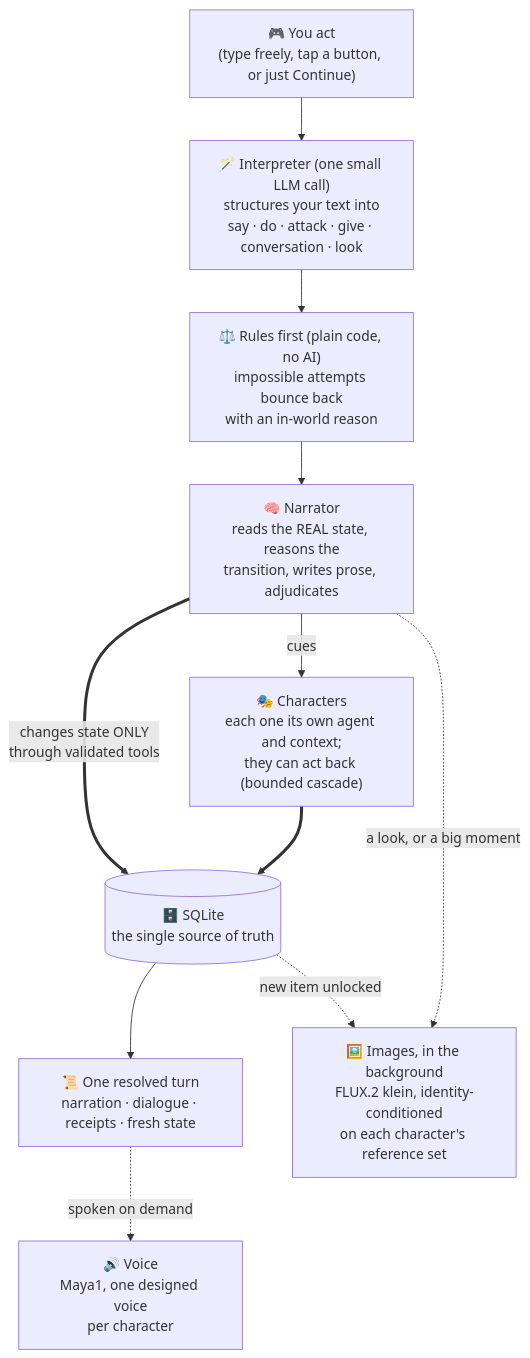
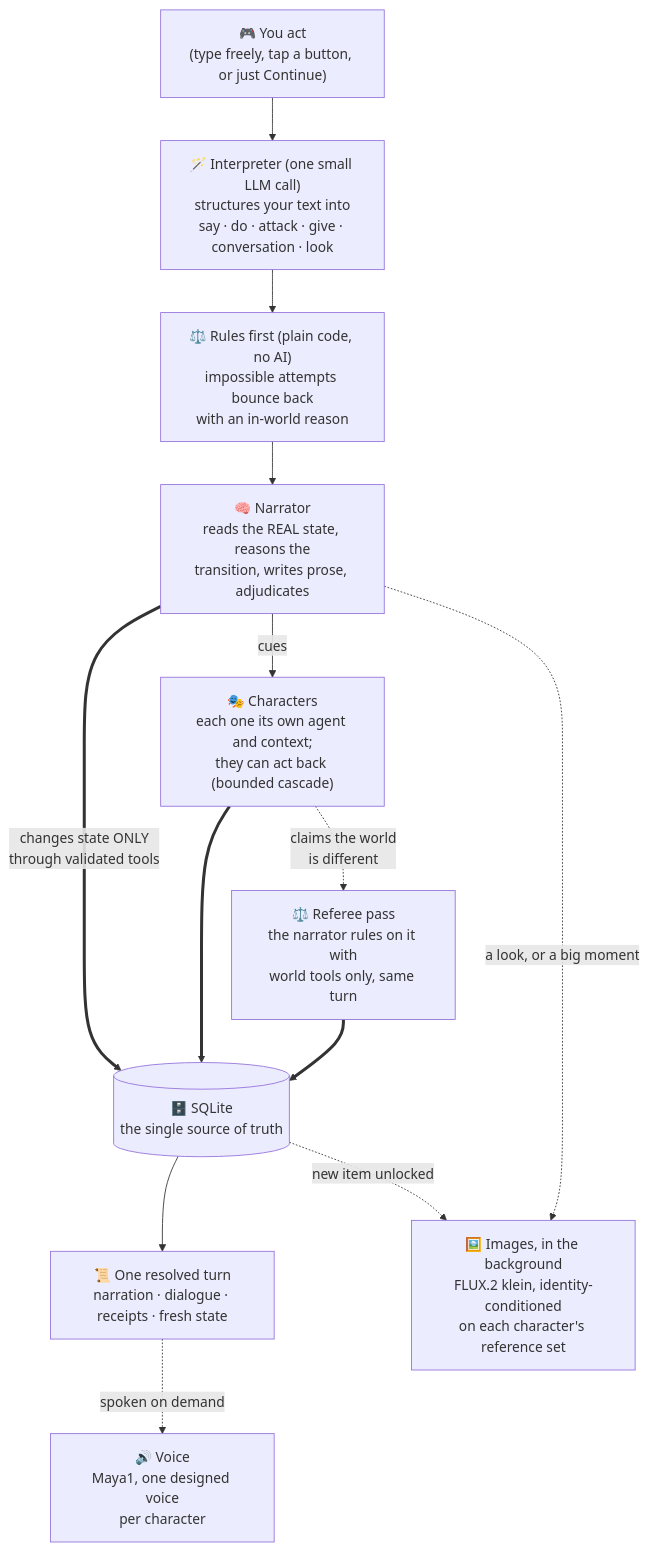
Before and after one commit to hec-ovi/gamentic: the diagram in README.md, drawn with Mermaid. The commit also changed other lines of this file and 11 other files, not shown here.

````diff
--- a/README.md
+++ b/README.md
@@ -36,14 +38,16 @@
 ```mermaid
 flowchart TD
     P["🎮 You act<br>(type freely, tap a button, or just Continue)"]
     P --> INT["🪄 Interpreter (one small LLM call)<br>structures your text into<br>say · do · attack · give · conversation · look"]
     INT --> ADJ["⚖️ Rules first (plain code, no AI)<br>impossible attempts bounce back<br>with an in-world reason"]
     ADJ --> NAR["🧠 Narrator<br>reads the REAL state, reasons the<br>transition, writes prose, adjudicates"]
     NAR == "changes state ONLY<br>through validated tools" ==> DB[("🗄️ SQLite<br>the single source of truth")]
     NAR -- "cues" --> CH["🎭 Characters<br>each one its own agent and context;<br>they can act back (bounded cascade)"]
     CH ==> DB
+    CH -. "claims the world<br>is different" .-> REF["⚖️ Referee pass<br>the narrator rules on it with<br>world tools only, same turn"]
+    REF ==> DB
     DB --> OUT["📜 One resolved turn<br>narration · dialogue · receipts · fresh state"]
     NAR -. "a look, or a big moment" .-> ART["🖼️ Images, in the background<br>FLUX.2 klein, identity-conditioned<br>on each character's reference set"]
     DB -. "new item unlocked" .-> ART
     OUT -. "spoken on demand" .-> VOICE["🔊 Voice<br>Maya1, one designed voice<br>per character"]
 ```
````
